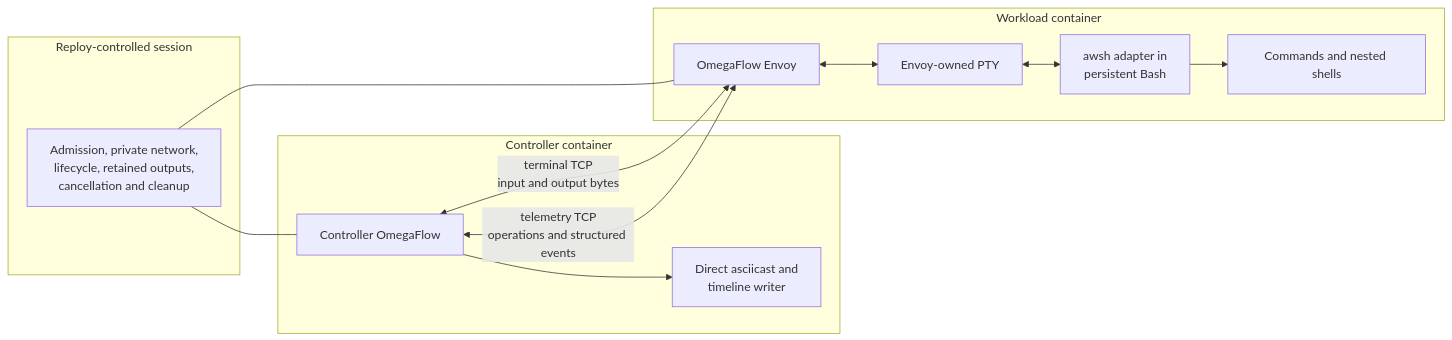
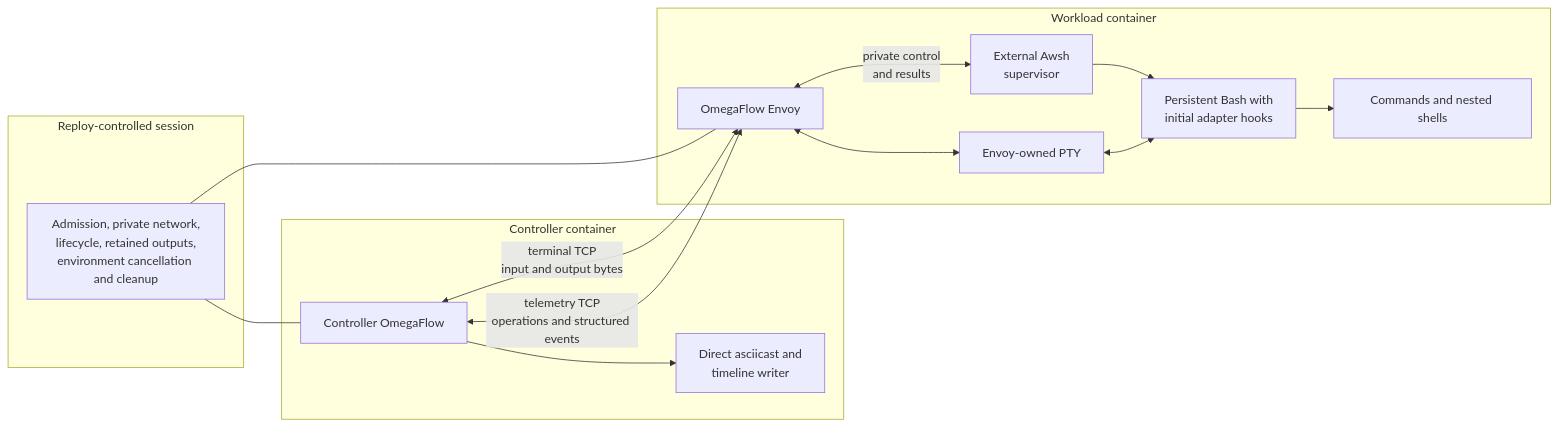
One commit to omry/omegaflow changed the first of 2 diagrams in docs/design/omegaflow-envoy-design.md. Above: the diagram before and after it, drawn with Mermaid. The commit also changed other lines of this file and 1 other file, not shown here.

First line of the commit message:
Define external Awsh supervisor architecture

````diff
--- a/docs/design/omegaflow-envoy-design.md
+++ b/docs/design/omegaflow-envoy-design.md
@@ -100,28 +103,31 @@
 ```mermaid
 flowchart LR
     subgraph Controller["Controller container"]
         OF["Controller OmegaFlow"]
         REC["Direct asciicast and<br/>timeline writer"]
         OF --> REC
     end
 
     subgraph Reploy["Reploy-controlled session"]
-        LIFE["Admission, private network,<br/>lifecycle, retained outputs,<br/>cancellation and cleanup"]
+        LIFE["Admission, private network,<br/>lifecycle, retained outputs,<br/>environment cancellation and cleanup"]
     end
 
     subgraph Workload["Workload container"]
         ENV["OmegaFlow Envoy"]
         PTY["Envoy-owned PTY"]
-        BASH["awsh adapter in<br/>persistent Bash"]
+        AWSH["External Awsh<br/>supervisor"]
+        BASH["Persistent Bash with<br/>initial adapter hooks"]
         CHILD["Commands and nested shells"]
 
         ENV <--> PTY
+        ENV <-->|"private control<br/>and results"| AWSH
+        AWSH --> BASH
         PTY <--> BASH
         BASH --> CHILD
     end
 
     OF <-->|"terminal TCP<br/>input and output bytes"| ENV
     OF <-->|"telemetry TCP<br/>operations and structured events"| ENV
     LIFE --- OF
     LIFE --- ENV
 ```
````
